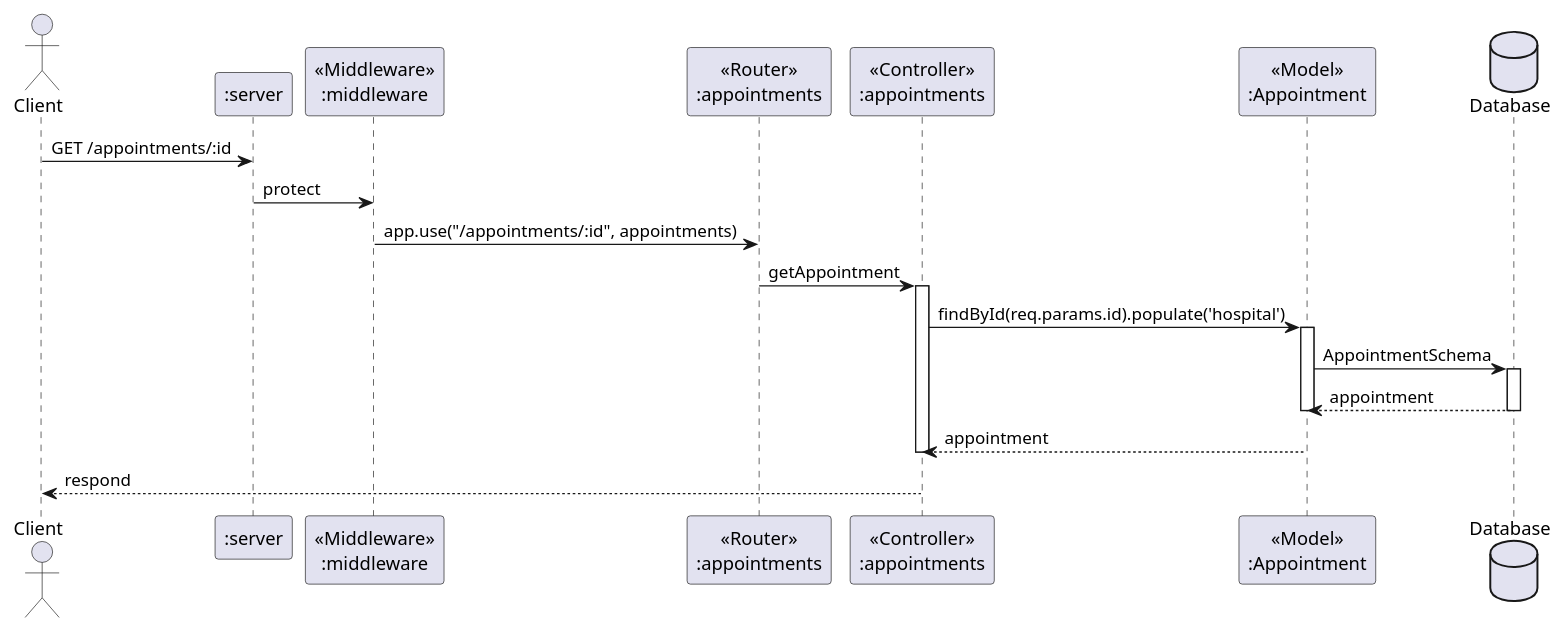
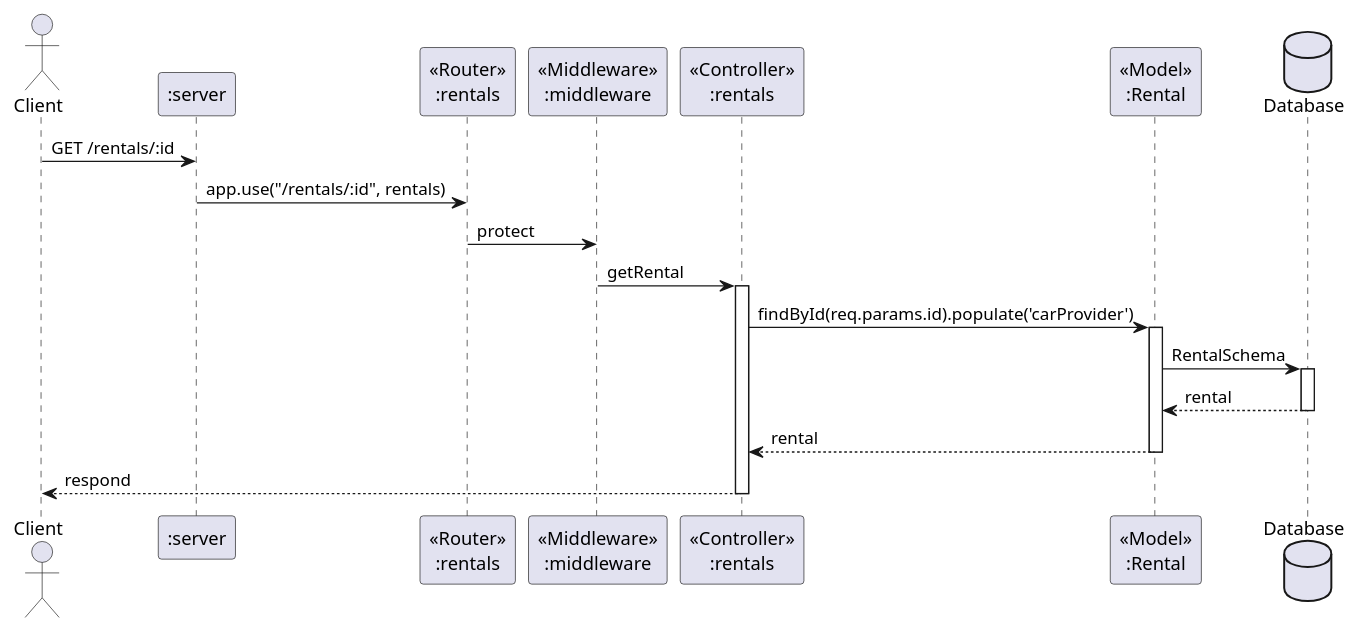
The diagram in docs/sequence_diagram/rentals/get.pu (cchaiyatad/RenC), drawn with PlantUML before and after one commit. The commit also changed 14 other files, not shown here.

```diff
--- a/docs/sequence_diagram/rentals/get.pu
+++ b/docs/sequence_diagram/rentals/get.pu
@@ -1,27 +1,26 @@
-@startuml GET /appointments/:id
+@startuml GET /rentals/:id
 actor       Client       as client
 participant ":server" as server 
+participant "<<Router>>\n:rentals" as rentals_router 
 participant "<<Middleware>>\n:middleware" as middleware 
-participant "<<Router>>\n:appointments" as appointments_router 
-participant "<<Controller>>\n:appointments" as appointments_con 
-participant "<<Model>>\n:Appointment" as appointments_model 
+participant "<<Controller>>\n:rentals" as rentals_con 
+participant "<<Model>>\n:Rental" as rentals_model 
 database Database as db
 
-client -> server : GET /appointments/:id
+client -> server : GET /rentals/:id
+server -> rentals_router : app.use("/rentals/:id", rentals)
+rentals_router -> middleware : protect
+middleware -> rentals_con : getRental
+activate rentals_con
+    rentals_con -> rentals_model : findById(req.params.id).populate('carProvider')
+    activate rentals_model
+    rentals_model -> db : RentalSchema
+        activate db
+        db --> rentals_model : rental
+        deactivate db
+    rentals_model --> rentals_con : rental
+    deactivate rentals_model
 
-server -> middleware : protect
-middleware -> appointments_router : app.use("/appointments/:id", appointments)
-appointments_router -> appointments_con : getAppointment
-activate appointments_con
-    appointments_con -> appointments_model : findById(req.params.id).populate('hospital')
-    activate appointments_model
-    appointments_model -> db : AppointmentSchema
-        activate db
-        db --> appointments_model : appointment
-        deactivate db
-    deactivate appointments_model
-    appointments_model --> appointments_con : appointment
-deactivate appointments_con
-
-appointments_con --> client :respond
+rentals_con --> client :respond
+deactivate rentals_con
 @enduml
```
